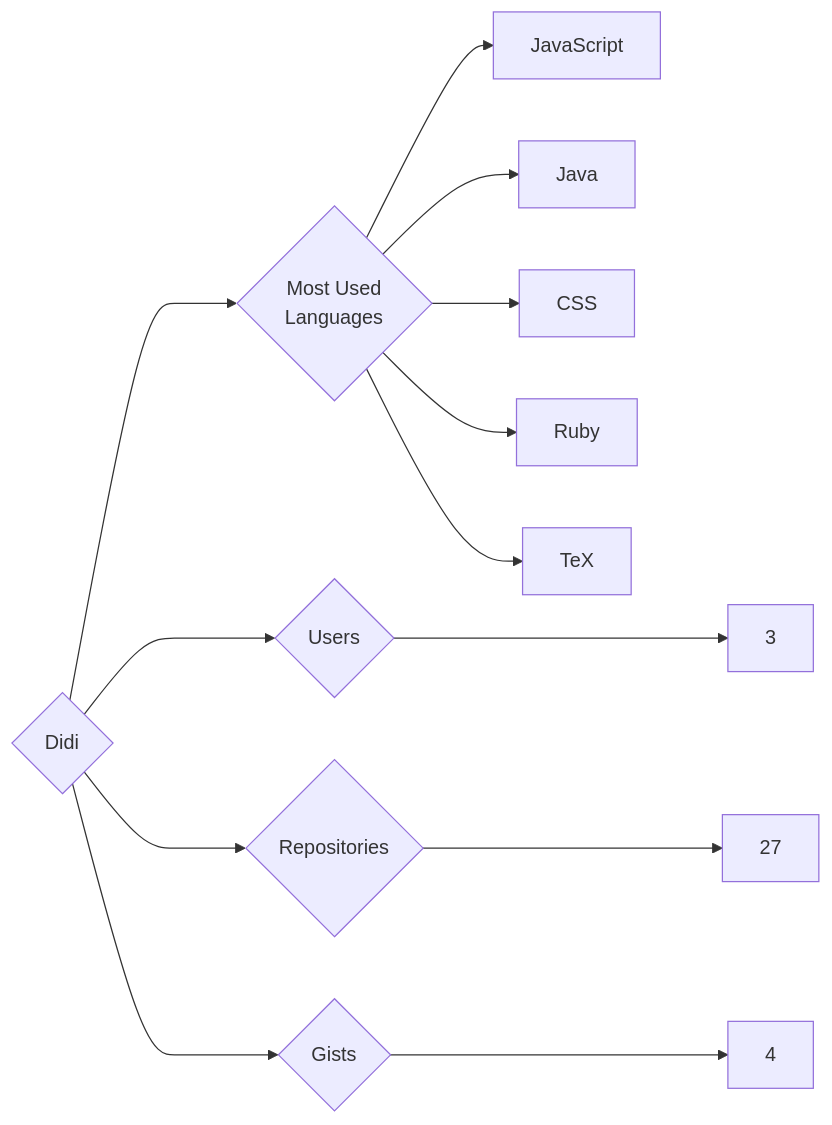
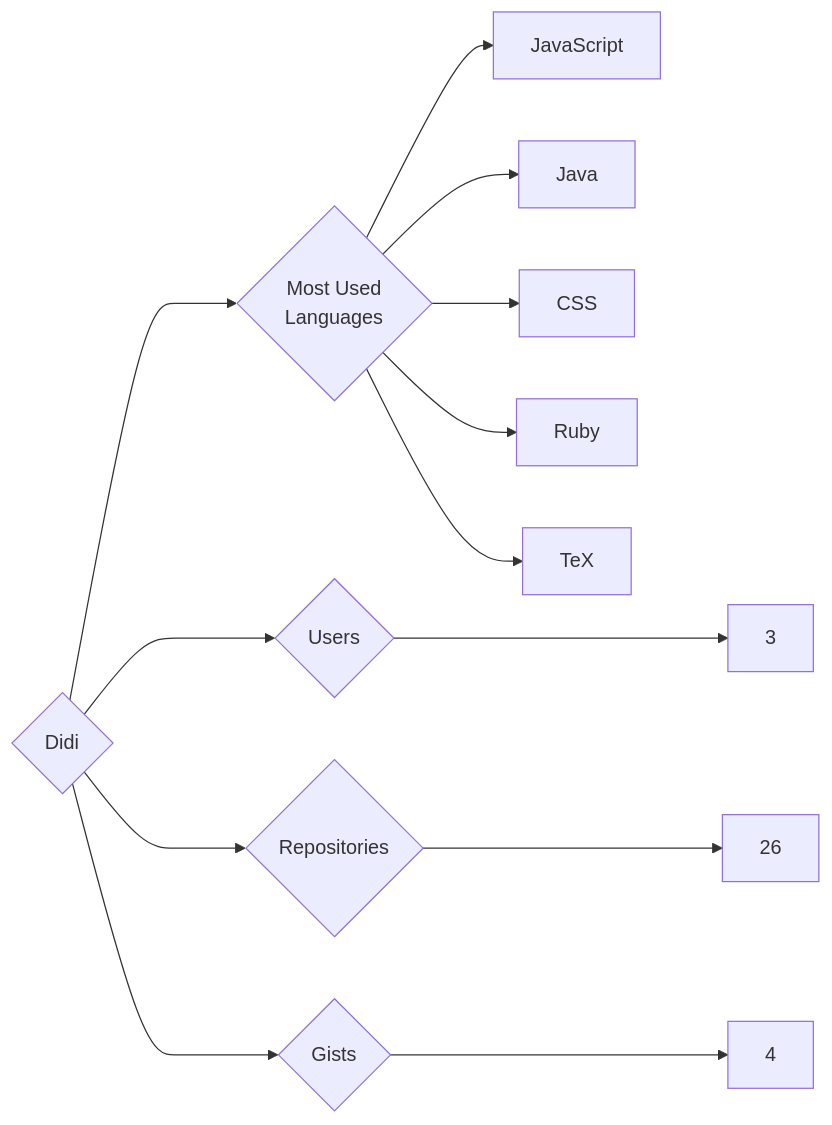
The diagram in targets/Didi/README.md (trickest/insiders), drawn with Mermaid before and after one commit. The commit also changed 985 other files, not shown here.

````diff
--- a/targets/Didi/README.md
+++ b/targets/Didi/README.md
@@ -3,13 +3,13 @@
 ```mermaid
 graph LR
 COMPANY_NAME{Didi}
 COMPANY_NAME ---> U{Users} ---> UN[3]
-COMPANY_NAME ---> R{Repositories} ---> RN[27]
+COMPANY_NAME ---> R{Repositories} ---> RN[26]
 COMPANY_NAME ---> G{Gists} ---> GN[4]
 COMPANY_NAME ---> ML{Most Used<br>Languages}
 ML --> JavaScript[JavaScript]
 ML --> Java[Java]
 ML --> CSS[CSS]
 ML --> Ruby[Ruby]
 ML --> TeX[TeX]
 ```
````
